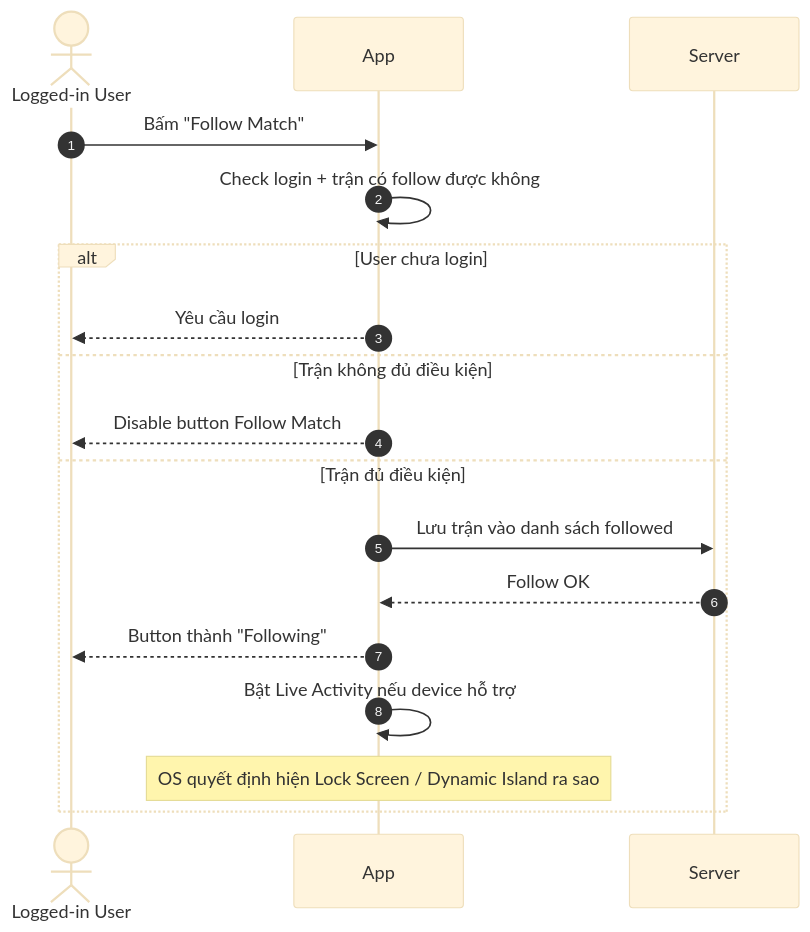
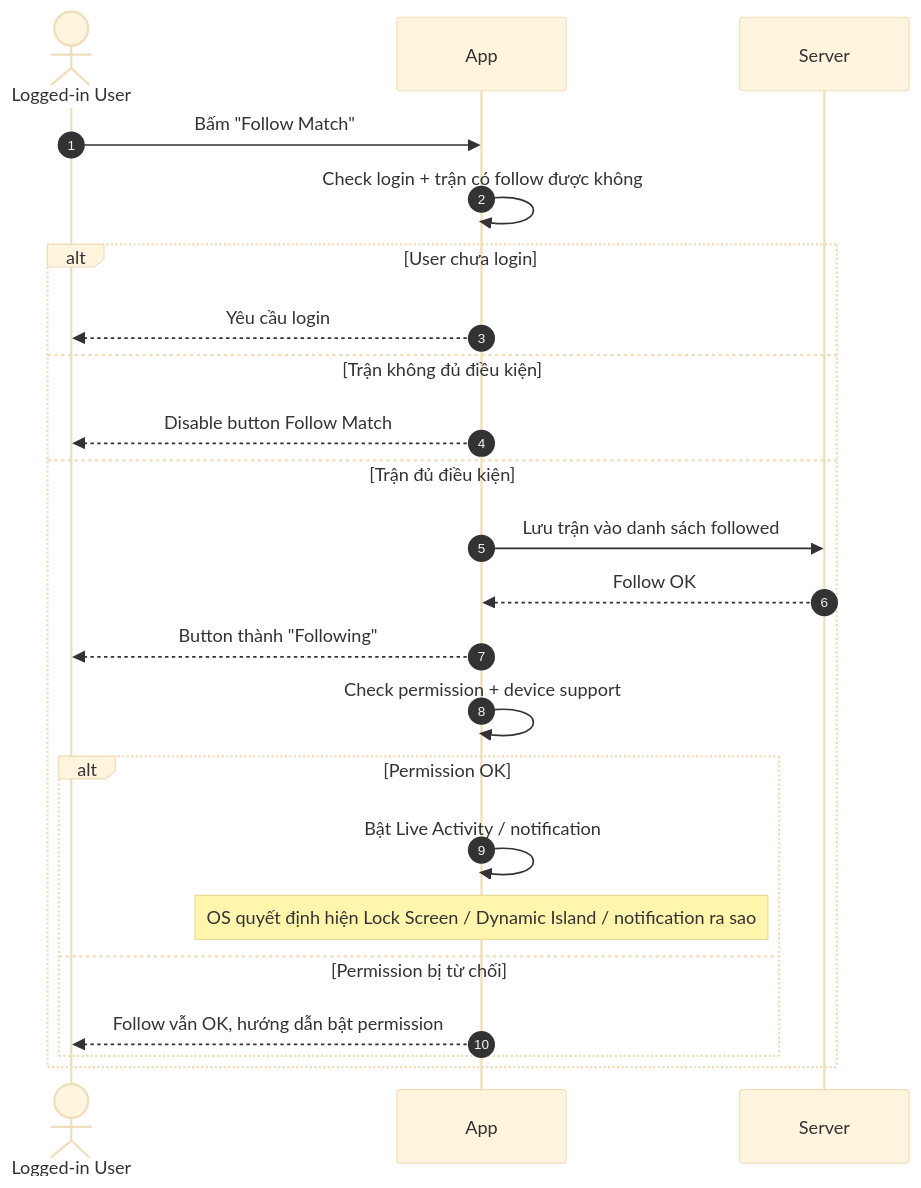
The first of 4 diagrams in features/final-docs/Sport-Zone/Live-Activity/product/live-activity-user-flows-functional-requirements.md (duongdang1136/FPTPLay), drawn with Mermaid (base theme) before and after one commit. The commit also changed other lines of this file, not shown here.

Commit message:
docs: add live activity permission cases

````diff
--- a/features/final-docs/Sport-Zone/Live-Activity/product/live-activity-user-flows-functional-requirements.md
+++ b/features/final-docs/Sport-Zone/Live-Activity/product/live-activity-user-flows-functional-requirements.md
@@ -126,23 +135,28 @@
 ```mermaid
 sequenceDiagram
     autonumber
 
     actor User as Logged-in User
     participant App
     participant Server
 
     User->>App: Bấm "Follow Match"
     App->>App: Check login + trận có follow được không
 
     alt User chưa login
         App-->>User: Yêu cầu login
     else Trận không đủ điều kiện
         App-->>User: Disable button Follow Match
     else Trận đủ điều kiện
         App->>Server: Lưu trận vào danh sách followed
         Server-->>App: Follow OK
         App-->>User: Button thành "Following"
-        App->>App: Bật Live Activity nếu device hỗ trợ
-        Note over App: OS quyết định hiện Lock Screen / Dynamic Island ra sao
+        App->>App: Check permission + device support
+        alt Permission OK
+            App->>App: Bật Live Activity / notification
+            Note over App: OS quyết định hiện Lock Screen / Dynamic Island / notification ra sao
+        else Permission bị từ chối
+            App-->>User: Follow vẫn OK, hướng dẫn bật permission
+        end
     end
 ```
````
